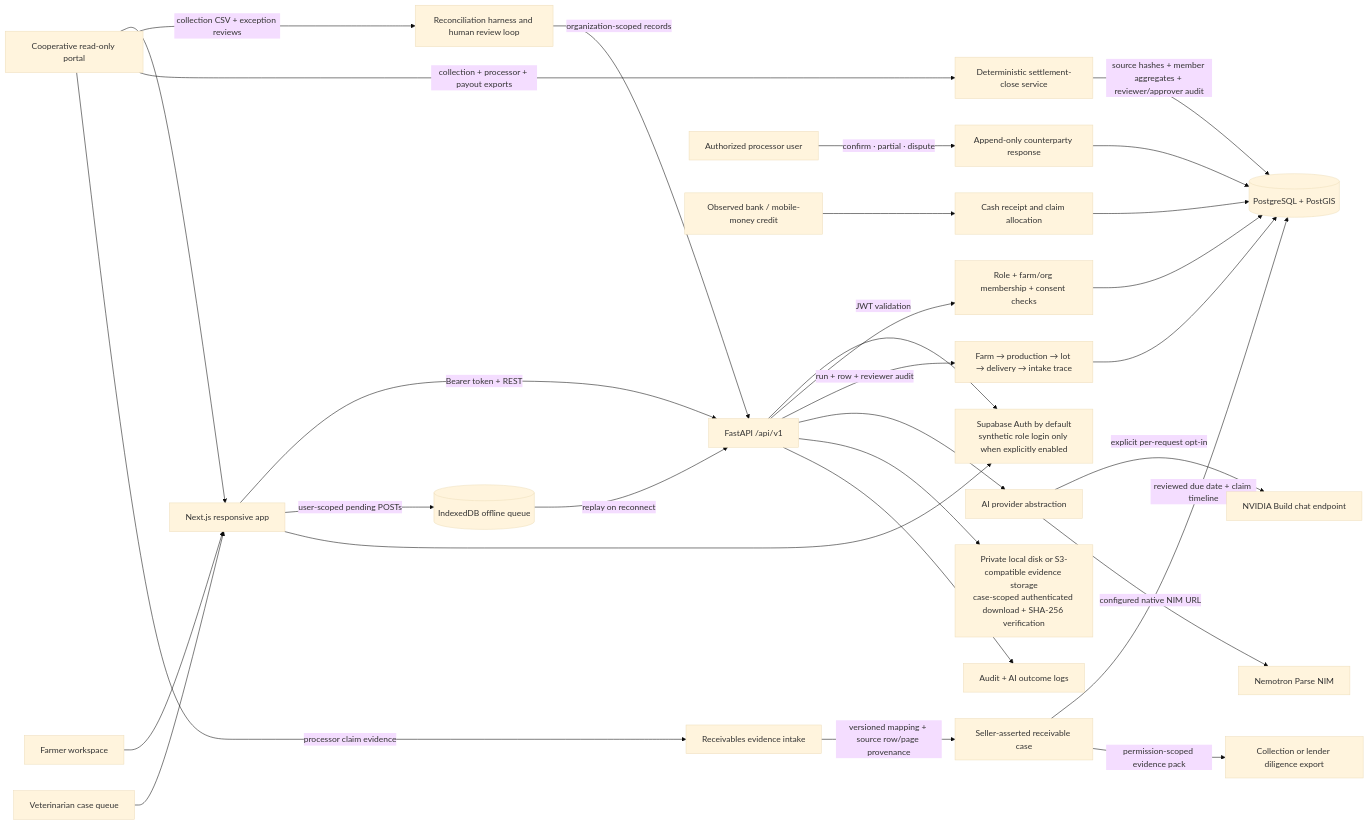
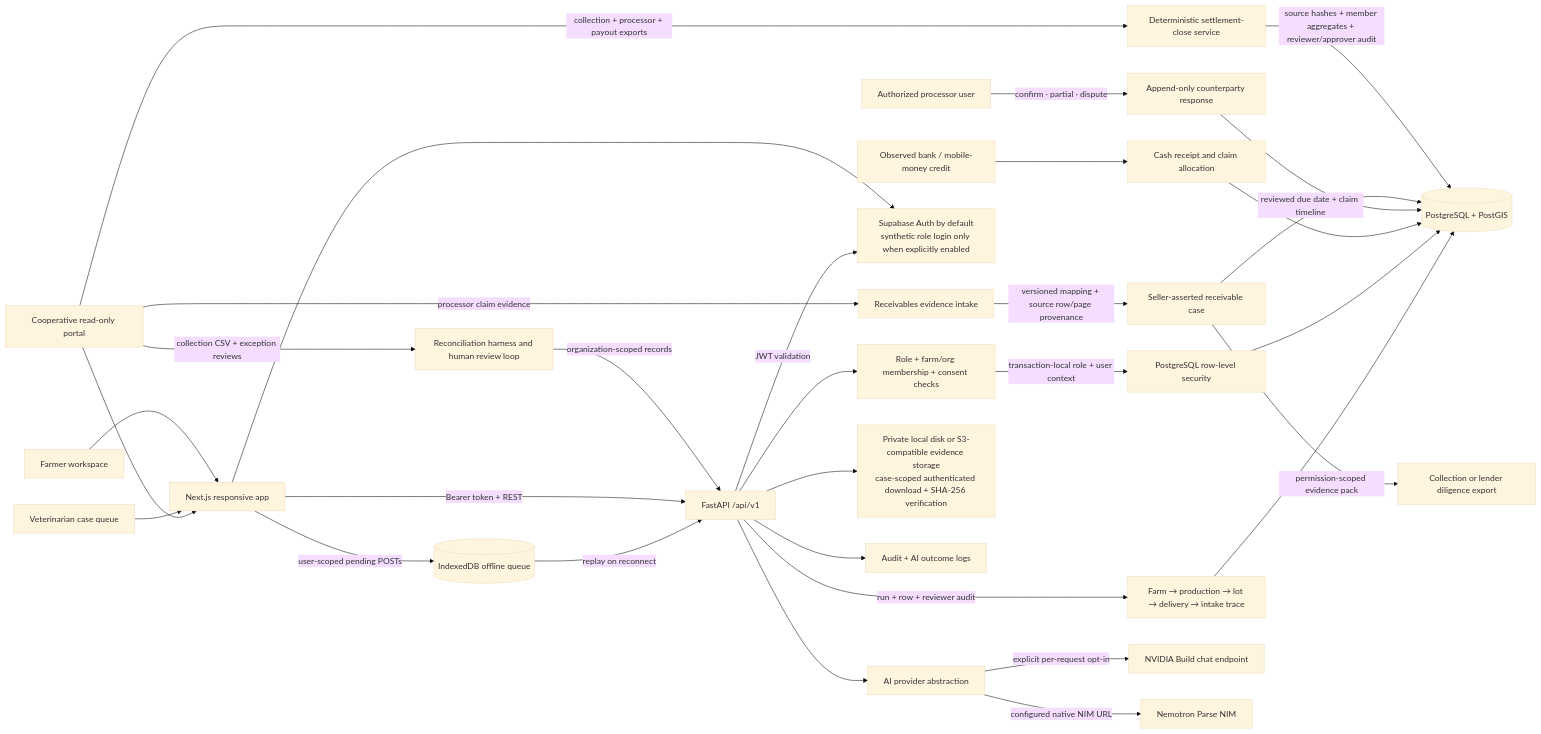
The diagram in docs/ARCHITECTURE.md (Jaybe-123456/Terravanta), drawn with Mermaid (base theme) before and after one commit. The commit also changed other lines of this file and 33 other files, not shown here.

````diff
--- a/docs/ARCHITECTURE.md
+++ b/docs/ARCHITECTURE.md
@@ -3,32 +3,33 @@
 ```mermaid
 flowchart LR
   Farmer[Farmer workspace] --> Web[Next.js responsive app]
   Vet[Veterinarian case queue] --> Web
   Coop[Cooperative read-only portal] --> Web
   Coop -->|collection CSV + exception reviews| Service[Reconciliation harness and human review loop]
   Coop -->|collection + processor + payout exports| Close[Deterministic settlement-close service]
   Close -->|source hashes + member aggregates + reviewer/approver audit| DB
   Coop -->|processor claim evidence| Intake[Receivables evidence intake]
   Intake -->|versioned mapping + source row/page provenance| Claim[Seller-asserted receivable case]
   Claim -->|reviewed due date + claim timeline| DB
   Processor[Authorized processor user] -->|confirm · partial · dispute| Confirm[Append-only counterparty response]
   Confirm --> DB
   Receipt[Observed bank / mobile-money credit] --> Allocation[Cash receipt and claim allocation]
   Allocation --> DB
   Claim -->|permission-scoped evidence pack| Pack[Collection or lender diligence export]
   Service -->|organization-scoped records| API
   Web -->|Bearer token + REST| API[FastAPI /api/v1]
   Web -->|user-scoped pending POSTs| IDB[(IndexedDB offline queue)]
   IDB -->|replay on reconnect| API
   Web --> Auth[Supabase Auth by default<br/>synthetic role login only when explicitly enabled]
   API -->|JWT validation| Auth
   API --> Access[Role + farm/org membership + consent checks]
-  Access --> DB[(PostgreSQL + PostGIS)]
+  Access -->|transaction-local role + user context| RLS[PostgreSQL row-level security]
+  RLS --> DB[(PostgreSQL + PostGIS)]
   API -->|run + row + reviewer audit| Graph[Farm → production → lot → delivery → intake trace]
   Graph --> DB
   API --> AI[AI provider abstraction]
   AI -->|explicit per-request opt-in| NIM[NVIDIA Build chat endpoint]
   AI -->|configured native NIM URL| Parse[Nemotron Parse NIM]
   API --> Evidence[Private local disk or S3-compatible evidence storage<br/>case-scoped authenticated download + SHA-256 verification]
   API --> Logs[Audit + AI outcome logs]
 ```
````
